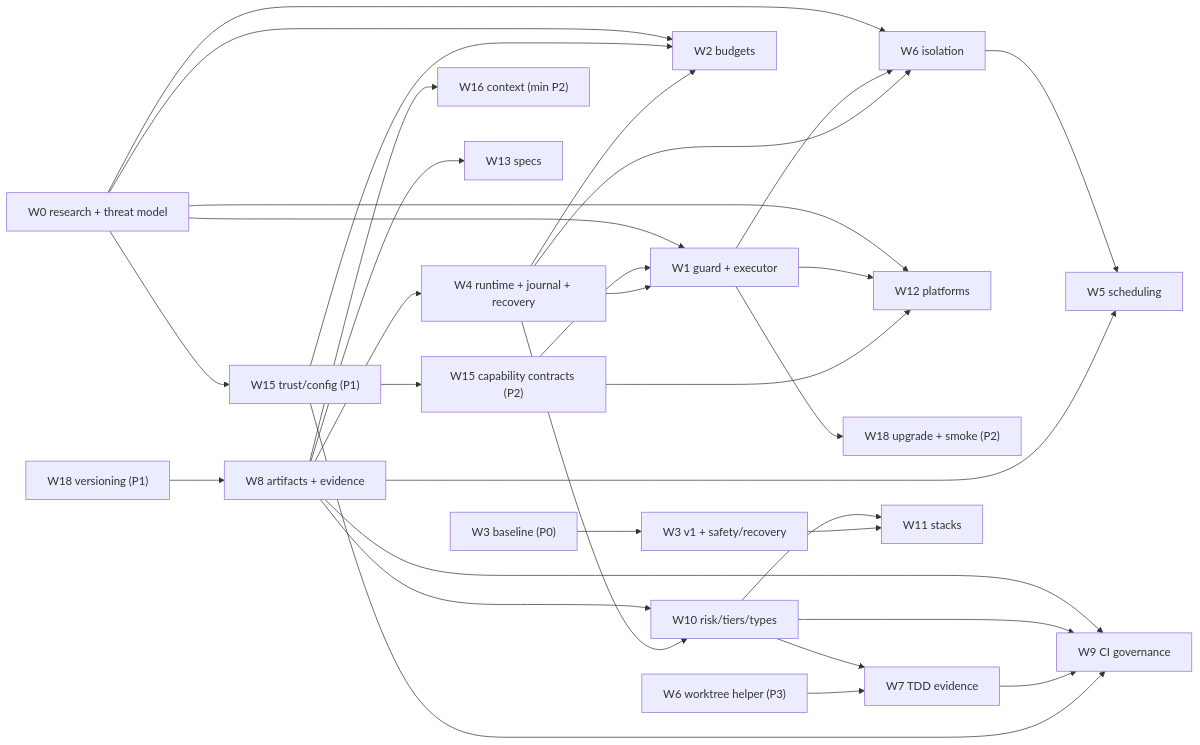
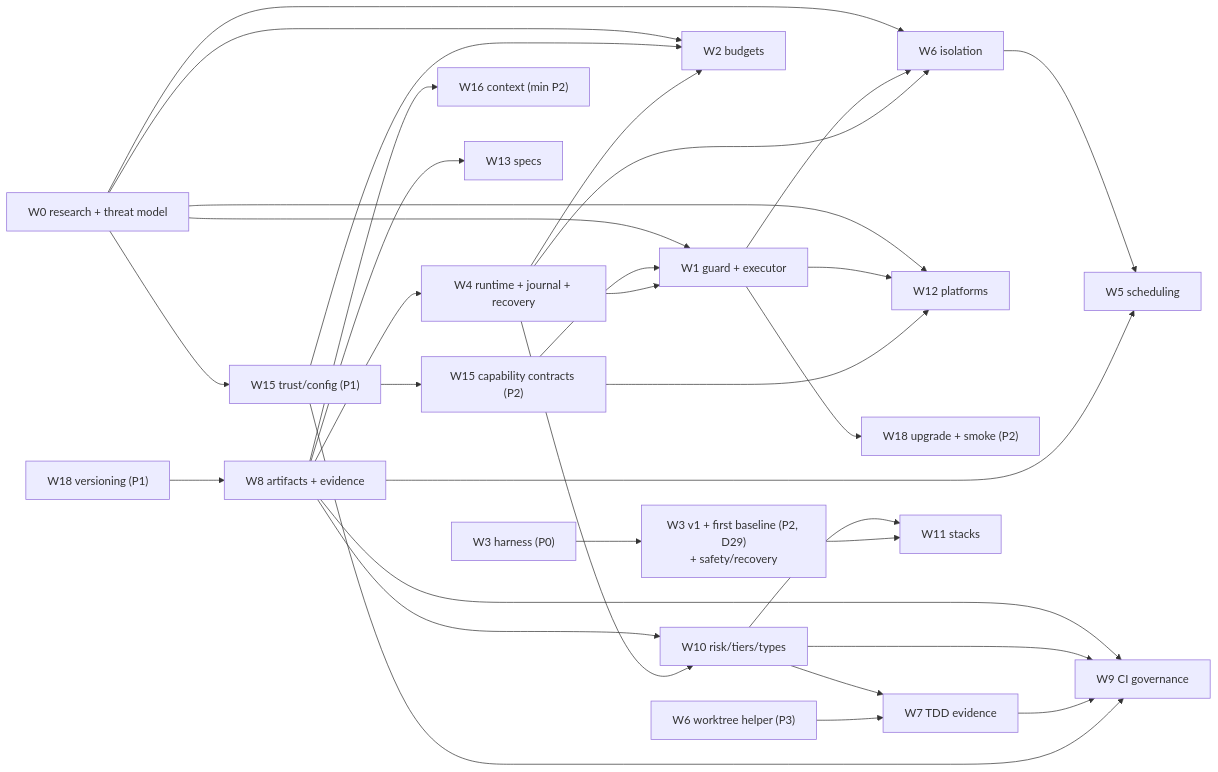
One commit to iamjcabalejo/daedalus changed diagram 11 of 12 in docs/plans/daedalus-hardening-roadmap.md. Above: the diagram before and after it, drawn with Mermaid. The commit also changed other lines of this file and 492 other files, not shown here.

````diff
--- a/docs/plans/daedalus-hardening-roadmap.md
+++ b/docs/plans/daedalus-hardening-roadmap.md
@@ -1404,35 +1449,35 @@
 ```mermaid
 flowchart LR
   W0["W0 research + threat model"] --> W15t["W15 trust/config (P1)"]
   W0 --> W1["W1 guard + executor"]
   W0 --> W2["W2 budgets"]
   W0 --> W6["W6 isolation"]
   W0 --> W12["W12 platforms"]
-  W3a["W3 baseline (P0)"] --> W3b["W3 v1 + safety/recovery"]
+  W3a["W3 harness (P0)"] --> W3b["W3 v1 + first baseline (P2, D29)<br/>+ safety/recovery"]
   W18v["W18 versioning (P1)"] --> W8["W8 artifacts + evidence"]
   W8 --> W4["W4 runtime + journal + recovery"]
   W15t --> W15c["W15 capability contracts (P2)"]
   W15c --> W1
   W15t --> W2
   W4 --> W2
   W4 --> W1
   W8 --> W16["W16 context (min P2)"]
   W1 --> W18u["W18 upgrade + smoke (P2)"]
   W8 --> W10["W10 risk/tiers/types"]
   W4 --> W10
   W10 --> W7["W7 TDD evidence"]
   W6h["W6 worktree helper (P3)"] --> W7
   W1 --> W6
   W4 --> W6
   W6 --> W5["W5 scheduling"]
   W8 --> W5
   W8 --> W9["W9 CI governance"]
   W10 --> W9
   W7 --> W9
   W15t --> W9
   W10 --> W11["W11 stacks"]
   W3b --> W11
   W1 --> W12
   W15c --> W12
   W8 --> W13["W13 specs"]
 ```
````
